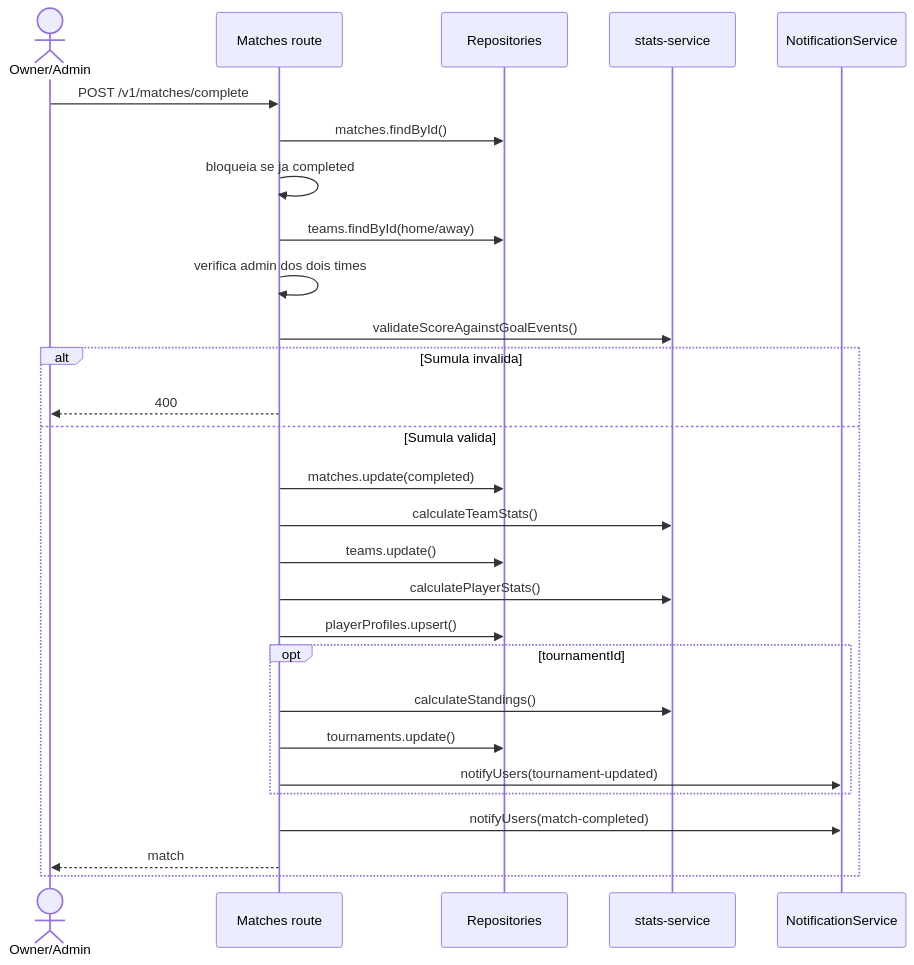
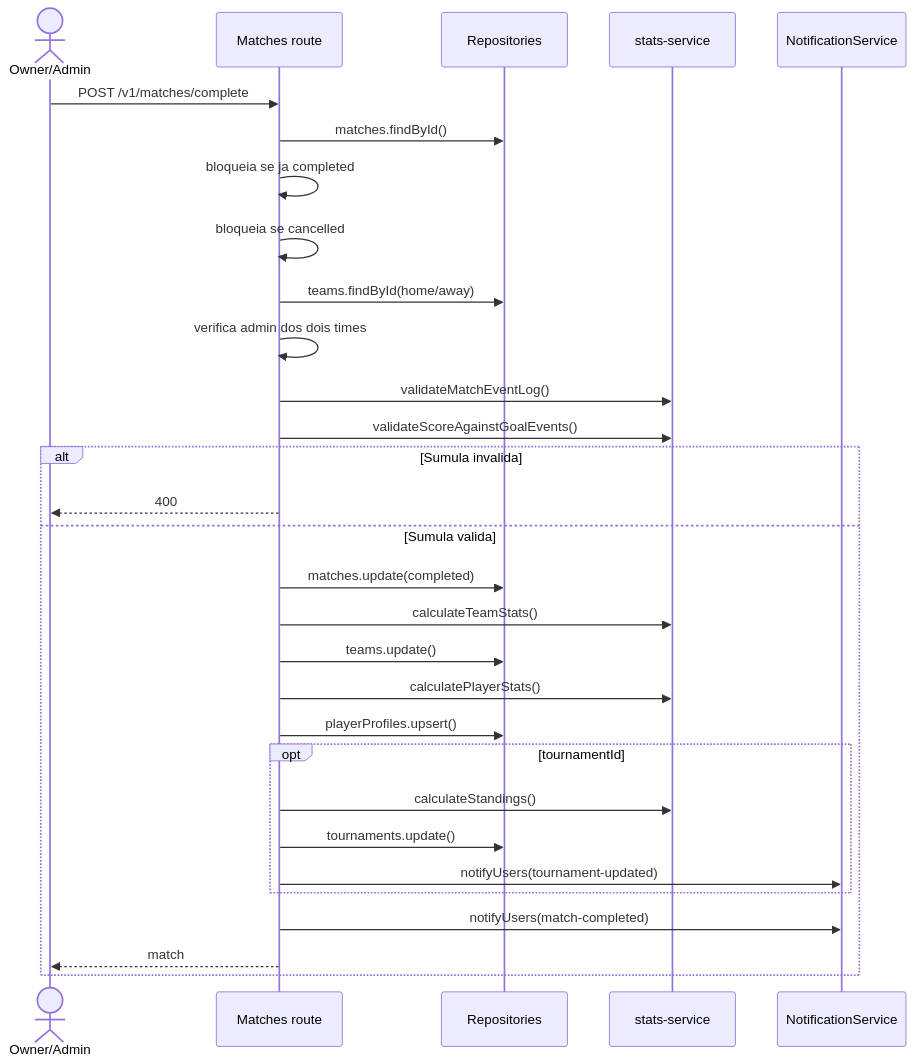
The ninth of 13 diagrams in docs/backend/domain-flows.md (nalbcosta/soccer_stats), drawn with Mermaid before and after one commit. The commit also changed other lines of this file and 29 other files, not shown here.

````diff
--- a/docs/backend/domain-flows.md
+++ b/docs/backend/domain-flows.md
@@ -137,31 +219,33 @@
 ```mermaid
 sequenceDiagram
   actor Admin as Owner/Admin
   participant API as Matches route
   participant Repo as Repositories
   participant Stats as stats-service
   participant Notif as NotificationService
 
   Admin->>API: POST /v1/matches/complete
   API->>Repo: matches.findById()
   API->>API: bloqueia se ja completed
+  API->>API: bloqueia se cancelled
   API->>Repo: teams.findById(home/away)
   API->>API: verifica admin dos dois times
+  API->>Stats: validateMatchEventLog()
   API->>Stats: validateScoreAgainstGoalEvents()
   alt Sumula invalida
     API-->>Admin: 400
   else Sumula valida
     API->>Repo: matches.update(completed)
     API->>Stats: calculateTeamStats()
     API->>Repo: teams.update()
     API->>Stats: calculatePlayerStats()
     API->>Repo: playerProfiles.upsert()
     opt tournamentId
       API->>Stats: calculateStandings()
       API->>Repo: tournaments.update()
       API->>Notif: notifyUsers(tournament-updated)
     end
     API->>Notif: notifyUsers(match-completed)
     API-->>Admin: match
   end
 ```
````
